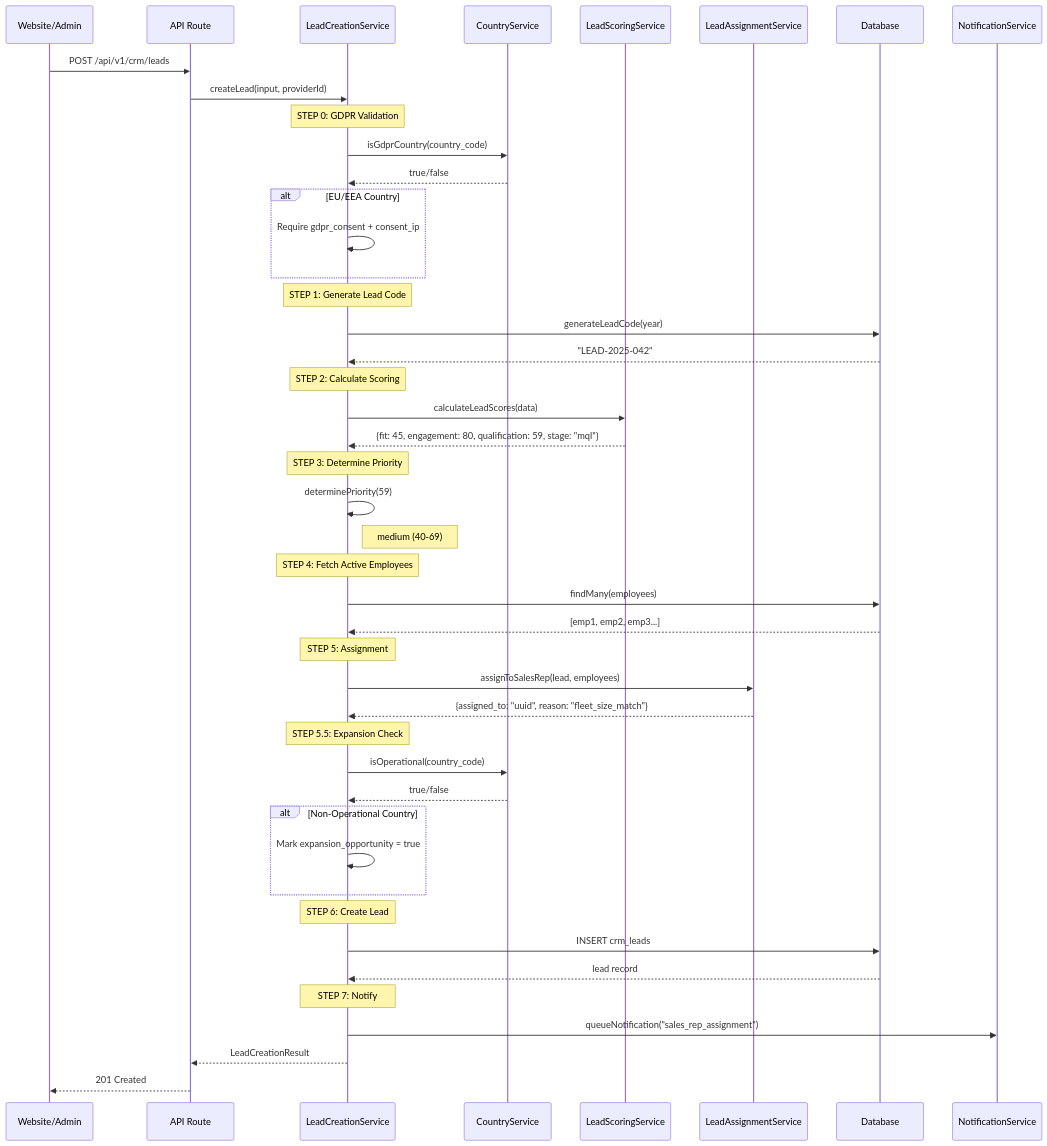
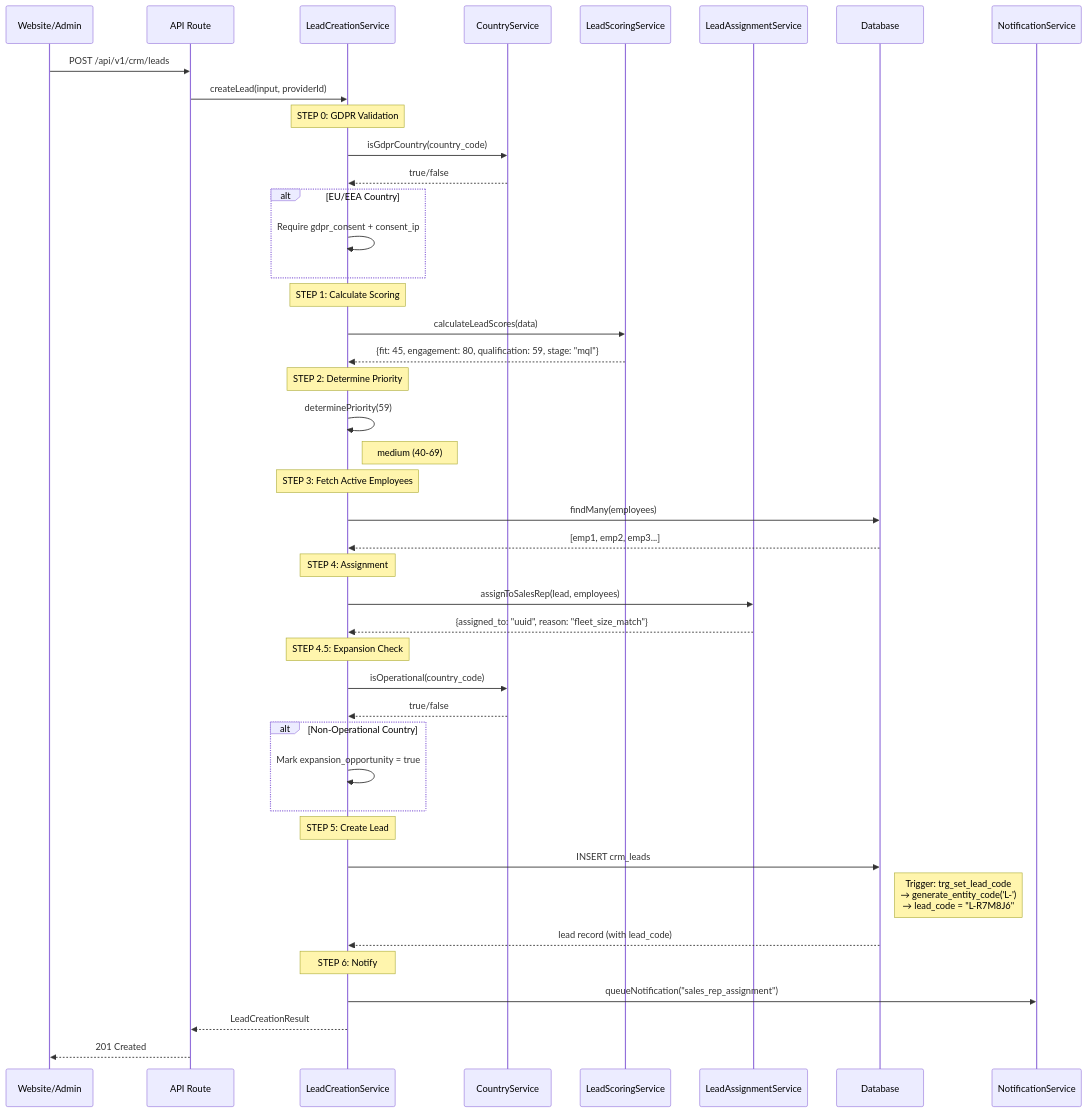
The third of 8 diagrams in docs/Fleetcore_v5/03_MODULES/CRM/01_OVERVIEW/02_process_flow_overview.md (Mozfo/fleetcore5), drawn with Mermaid before and after one commit. The commit also changed other lines of this file and 12 other files, not shown here.

First line of the commit message:
refactor(crm): remove dead lead_code generation code

````diff
--- a/docs/Fleetcore_v5/03_MODULES/CRM/01_OVERVIEW/02_process_flow_overview.md
+++ b/docs/Fleetcore_v5/03_MODULES/CRM/01_OVERVIEW/02_process_flow_overview.md
@@ -68,58 +68,55 @@
 ```mermaid
 sequenceDiagram
     participant Client as Website/Admin
     participant API as API Route
     participant Service as LeadCreationService
     participant GDPR as CountryService
     participant Score as LeadScoringService
     participant Assign as LeadAssignmentService
     participant DB as Database
     participant Notify as NotificationService
 
     Client->>API: POST /api/v1/crm/leads
     API->>Service: createLead(input, providerId)
 
     Note over Service: STEP 0: GDPR Validation
     Service->>GDPR: isGdprCountry(country_code)
     GDPR-->>Service: true/false
     alt EU/EEA Country
         Service->>Service: Require gdpr_consent + consent_ip
     end
 
-    Note over Service: STEP 1: Generate Lead Code
-    Service->>DB: generateLeadCode(year)
-    DB-->>Service: "LEAD-2025-042"
-
-    Note over Service: STEP 2: Calculate Scoring
+    Note over Service: STEP 1: Calculate Scoring
     Service->>Score: calculateLeadScores(data)
     Score-->>Service: {fit: 45, engagement: 80, qualification: 59, stage: "mql"}
 
-    Note over Service: STEP 3: Determine Priority
+    Note over Service: STEP 2: Determine Priority
     Service->>Service: determinePriority(59)
     Note right of Service: medium (40-69)
 
-    Note over Service: STEP 4: Fetch Active Employees
+    Note over Service: STEP 3: Fetch Active Employees
     Service->>DB: findMany(employees)
     DB-->>Service: [emp1, emp2, emp3...]
 
-    Note over Service: STEP 5: Assignment
+    Note over Service: STEP 4: Assignment
     Service->>Assign: assignToSalesRep(lead, employees)
     Assign-->>Service: {assigned_to: "uuid", reason: "fleet_size_match"}
 
-    Note over Service: STEP 5.5: Expansion Check
+    Note over Service: STEP 4.5: Expansion Check
     Service->>GDPR: isOperational(country_code)
     GDPR-->>Service: true/false
     alt Non-Operational Country
         Service->>Service: Mark expansion_opportunity = true
     end
 
-    Note over Service: STEP 6: Create Lead
+    Note over Service: STEP 5: Create Lead
     Service->>DB: INSERT crm_leads
-    DB-->>Service: lead record
+    Note right of DB: Trigger: trg_set_lead_code<br/>→ generate_entity_code('L-')<br/>→ lead_code = "L-R7M8J6"
+    DB-->>Service: lead record (with lead_code)
 
-    Note over Service: STEP 7: Notify
+    Note over Service: STEP 6: Notify
     Service->>Notify: queueNotification("sales_rep_assignment")
 
     Service-->>API: LeadCreationResult
     API-->>Client: 201 Created
 ```
````
